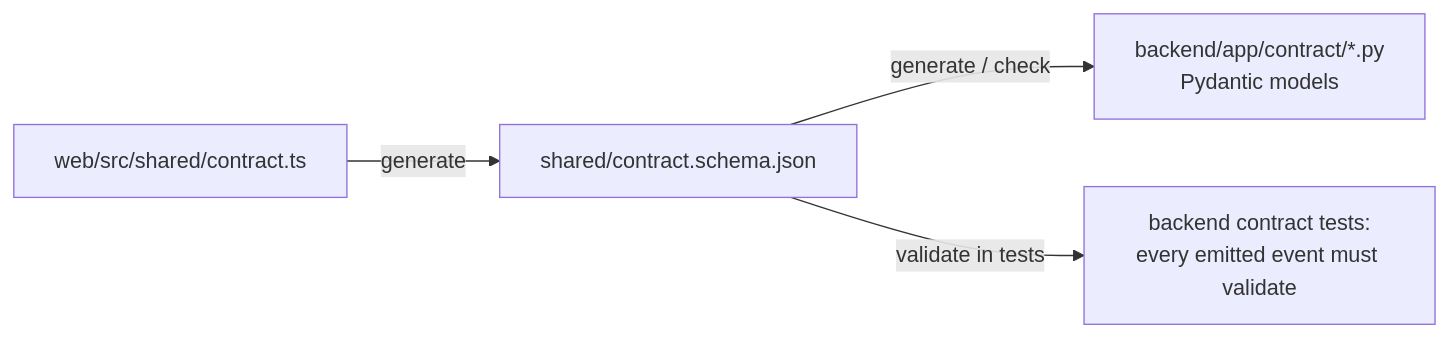
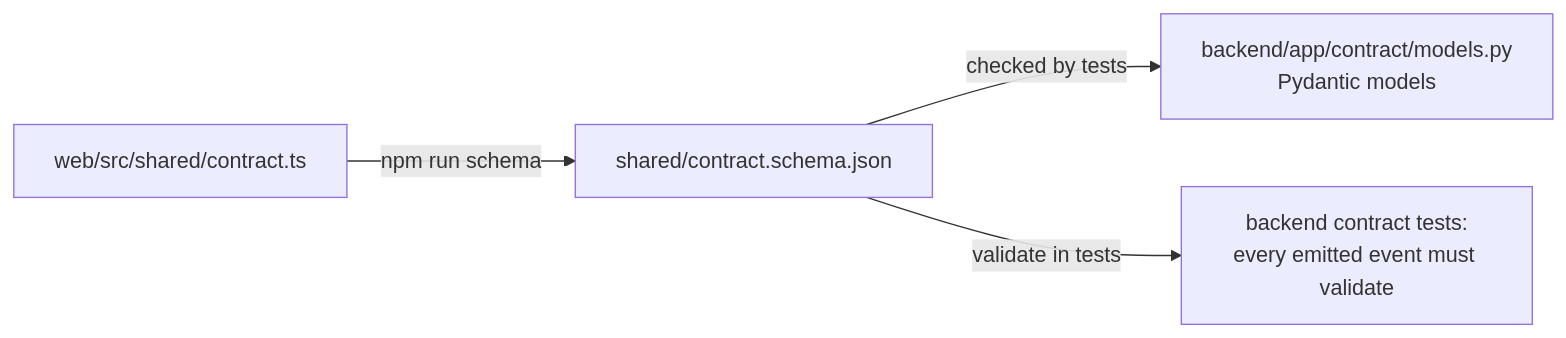
Before and after one commit to saubhagyaashish/shop-honest: the fourth of 4 diagrams in docs/ARCHITECTURE.md, drawn with Mermaid. The commit also changed other lines of this file and 41 other files, not shown here.

````diff
--- a/docs/ARCHITECTURE.md
+++ b/docs/ARCHITECTURE.md
@@ -164,6 +164,6 @@
 ```mermaid
 flowchart LR
-  ts[web/src/shared/contract.ts] -- generate --> schema[shared/contract.schema.json]
-  schema -- generate / check --> py[backend/app/contract/*.py<br/>Pydantic models]
+  ts[web/src/shared/contract.ts] -- npm run schema --> schema[shared/contract.schema.json]
+  schema -- checked by tests --> py[backend/app/contract/models.py<br/>Pydantic models]
   schema -- validate in tests --> tests[backend contract tests:<br/>every emitted event must validate]
 ```
````
